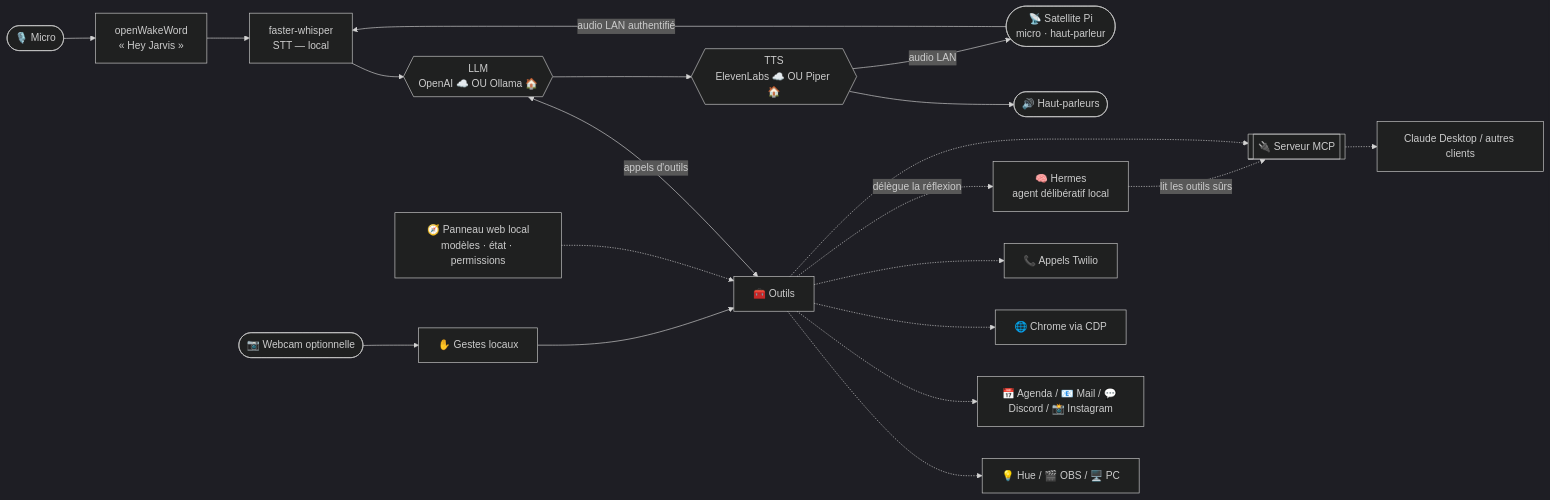
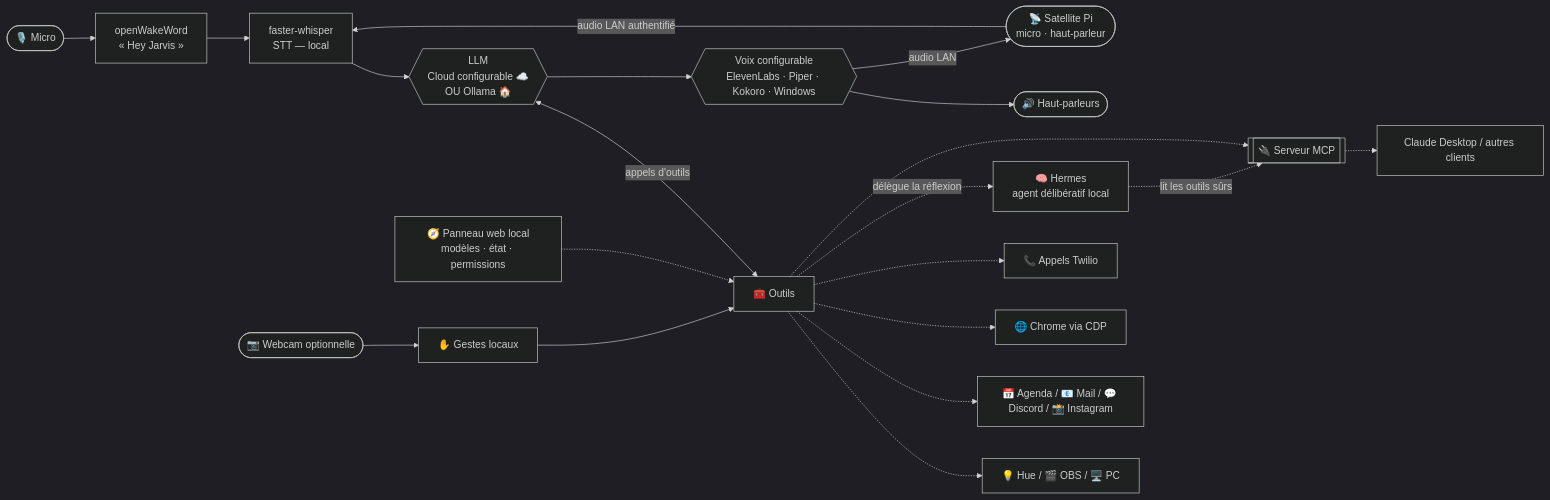
One commit to flochatelain0-sudo/jarvis-assistant-vocal changed the diagram in README.md. Above: the diagram before and after it, drawn with Mermaid (dark theme). The commit also changed other lines of this file and 10 other files, not shown here.

````diff
--- a/README.md
+++ b/README.md
@@ -75,24 +79,24 @@
 ```mermaid
 flowchart LR
     Mic([🎙️ Micro]) --> WW[openWakeWord<br/>« Hey Jarvis »]
     WW --> STT[faster-whisper<br/>STT — local]
-    STT --> LLM{{LLM<br/>OpenAI ☁️ OU Ollama 🏠}}
+    STT --> LLM{{LLM<br/>Cloud configurable ☁️<br/>OU Ollama 🏠}}
     LLM <-->|appels d'outils| TOOLS[🧰 Outils]
-    LLM --> TTS{{TTS<br/>ElevenLabs ☁️ OU Piper 🏠}}
+    LLM --> TTS{{Voix configurable<br/>ElevenLabs · Piper · Kokoro · Windows}}
     TTS --> SPK([🔊 Haut-parleurs])
 
     SAT([📡 Satellite Pi<br/>micro · haut-parleur]) -->|audio LAN authentifié| STT
     TTS -->|audio LAN| SAT
     CAM([📷 Webcam optionnelle]) --> GEST[✋ Gestes locaux]
     GEST --> TOOLS
 
     TOOLS -.-> HOME[💡 Hue / 🎬 OBS / 🖥️ PC]
     TOOLS -.-> NET[📅 Agenda / 📧 Mail / 💬 Discord / 📸 Instagram]
     TOOLS -.-> CDP[🌐 Chrome via CDP]
     TOOLS -.-> TW[📞 Appels Twilio]
     TOOLS -.->|délègue la réflexion| HERMES[🧠 Hermes<br/>agent délibératif local]
     TOOLS -.-> MCP[[🔌 Serveur MCP]]
     HERMES -.->|lit les outils sûrs| MCP
     MCP -.-> EXT[Claude Desktop / autres clients]
     PANEL[🧭 Panneau web local<br/>modèles · état · permissions] -.-> TOOLS
 ```
````
